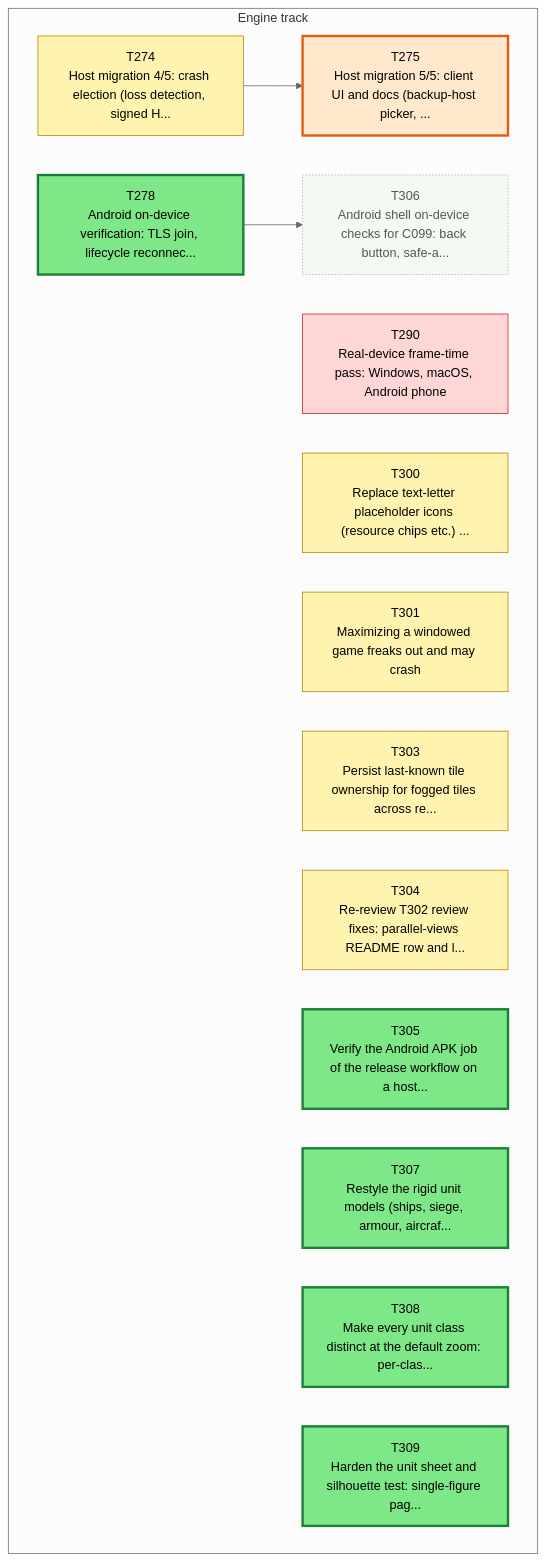
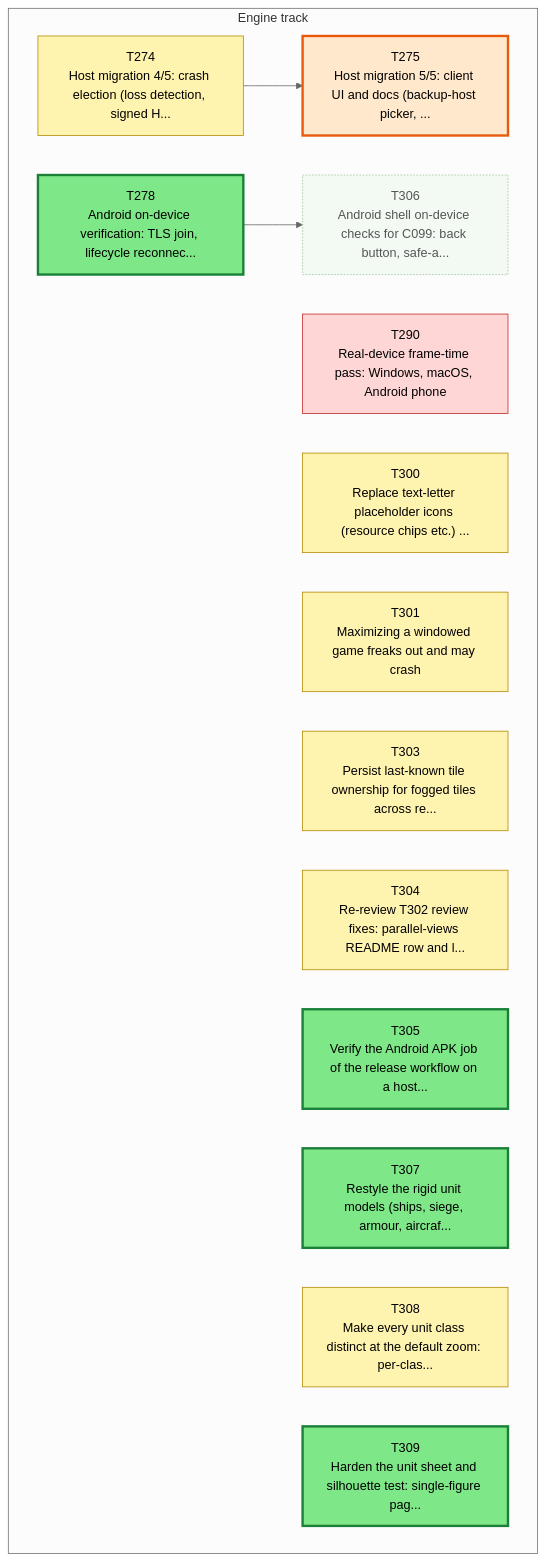
Before and after one commit to Kenmura/Unciv: the first of 3 diagrams in csharp/migration/DEPENDENCY_MAP.md, drawn with Mermaid (neutral theme). The commit also changed other lines of this file and 1 other file, not shown here.

````diff
--- a/csharp/migration/DEPENDENCY_MAP.md
+++ b/csharp/migration/DEPENDENCY_MAP.md
@@ -35,40 +35,40 @@
 ```mermaid
 flowchart TD
   subgraph TTRACK["Engine track"]
     T274["T274<br/>Host migration 4/5: crash election (loss detection, signed H..."]
     T275["T275<br/>Host migration 5/5: client UI and docs (backup-host picker, ..."]
     T278["T278<br/>Android on-device verification: TLS join, lifecycle reconnec..."]
     T290["T290<br/>Real-device frame-time pass: Windows, macOS, Android phone"]
     T300["T300<br/>Replace text-letter placeholder icons (resource chips etc.) ..."]
     T301["T301<br/>Maximizing a windowed game freaks out and may crash"]
     T303["T303<br/>Persist last-known tile ownership for fogged tiles across re..."]
     T304["T304<br/>Re-review T302 review fixes: parallel-views README row and l..."]
     T305["T305<br/>Verify the Android APK job of the release workflow on a host..."]
     T306["T306<br/>Android shell on-device checks for C099: back button, safe-a..."]
     T307["T307<br/>Restyle the rigid unit models (ships, siege, armour, aircraf..."]
     T308["T308<br/>Make every unit class distinct at the default zoom: per-clas..."]
     T309["T309<br/>Harden the unit sheet and silhouette test: single-figure pag..."]
   end
   T274 --> T275
   T278 --> T306
   classDef waiting fill:#f3faf3,stroke:#9bc49b,color:#555,stroke-dasharray:2 2
   classDef ondeck fill:#ffe8cc,stroke:#e8590c,stroke-width:3px,color:#000
   classDef ready fill:#7ee787,stroke:#1a7f37,stroke-width:3px,color:#000
   classDef prog fill:#fff3b0,stroke:#b58900,color:#000
   classDef review fill:#cfe4ff,stroke:#1f6feb,color:#000
   classDef blocked fill:#ffd6d6,stroke:#c62828,color:#000
   classDef done fill:#eeeeee,stroke:#999999,color:#666,stroke-dasharray:4 3
   class T274 prog
   class T275 ondeck
   class T278 ready
   class T290 blocked
   class T300 prog
   class T301 prog
   class T303 prog
   class T304 prog
   class T305 ready
   class T306 waiting
   class T307 ready
-  class T308 ready
+  class T308 prog
   class T309 ready
 ```
````
